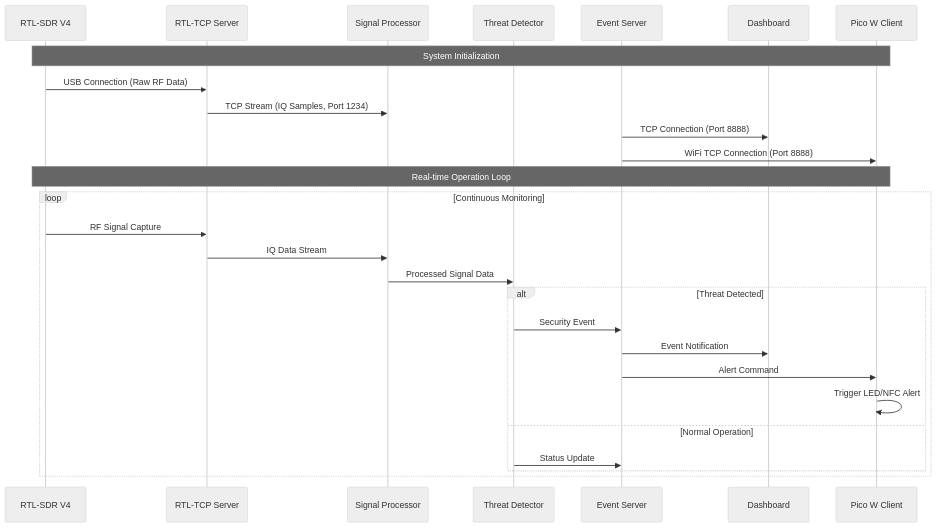
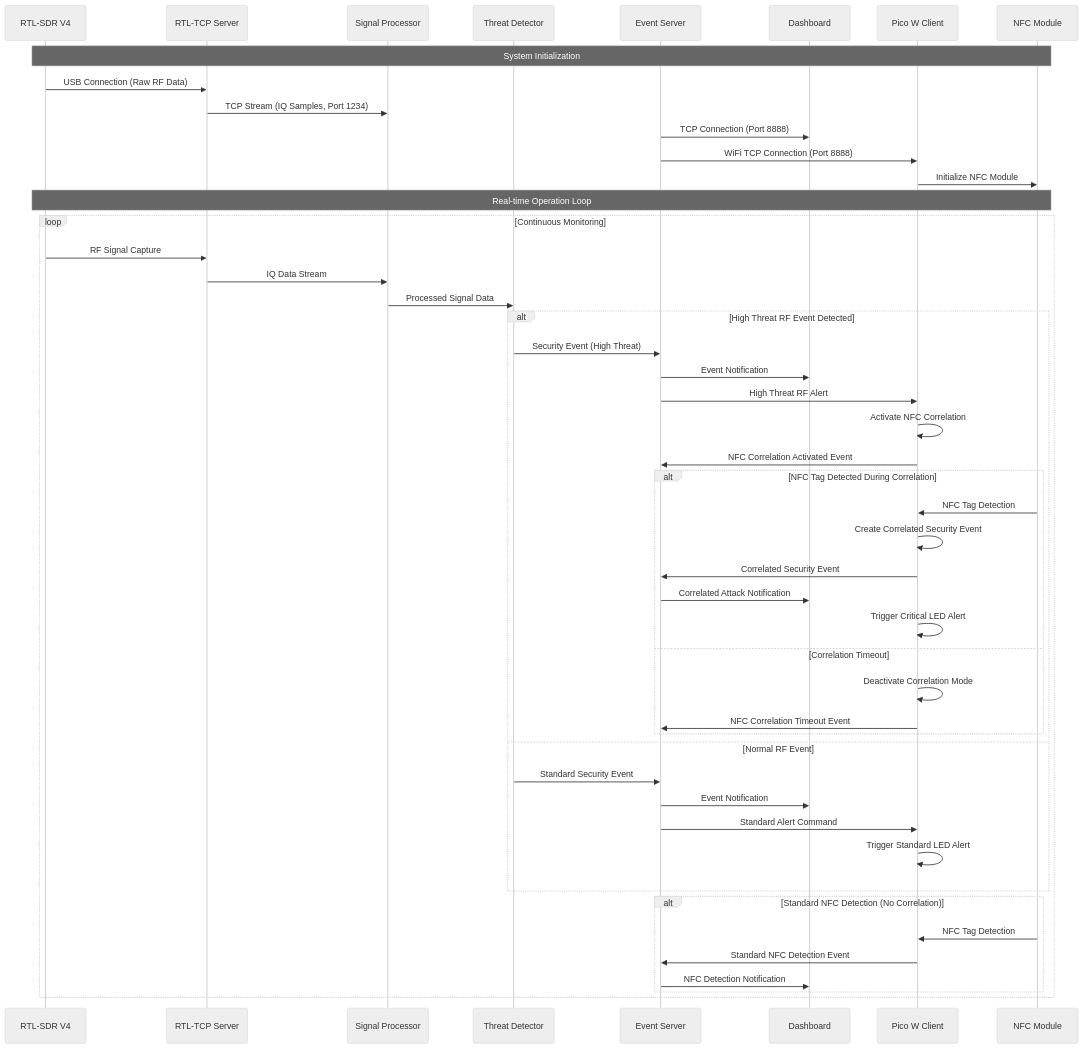
The third of 5 diagrams in backend/docs/diagrams/architecture.md (jondmarien/automotive-security-capstone), drawn with Mermaid (neutral theme) before and after one commit. The commit also changed other lines of this file and 11 other files, not shown here.

Commit message:
chore(docs): updated docs to include new changes regarding NFC detection, correlation, and brute force attacks via RF.

````diff
--- a/backend/docs/diagrams/architecture.md
+++ b/backend/docs/diagrams/architecture.md
@@ -106,32 +130,56 @@
 ```mermaid
 sequenceDiagram
     participant RTL as RTL-SDR V4
     participant TCP_SRV as RTL-TCP Server
     participant SIG as Signal Processor
     participant DET as Threat Detector
     participant EVT as Event Server
     participant DASH as Dashboard
     participant PICO as Pico W Client
+    participant NFC as NFC Module
     
-    Note over RTL,PICO: System Initialization
+    Note over RTL,NFC: System Initialization
     RTL->>TCP_SRV: USB Connection (Raw RF Data)
     TCP_SRV->>SIG: TCP Stream (IQ Samples, Port 1234)
     EVT->>DASH: TCP Connection (Port 8888)
     EVT->>PICO: WiFi TCP Connection (Port 8888)
+    PICO->>NFC: Initialize NFC Module
     
-    Note over RTL,PICO: Real-time Operation Loop
+    Note over RTL,NFC: Real-time Operation Loop
     loop Continuous Monitoring
         RTL->>TCP_SRV: RF Signal Capture
         TCP_SRV->>SIG: IQ Data Stream
         SIG->>DET: Processed Signal Data
         
-        alt Threat Detected
-            DET->>EVT: Security Event
+        alt High Threat RF Event Detected
+            DET->>EVT: Security Event (High Threat)
             EVT->>DASH: Event Notification
-            EVT->>PICO: Alert Command
-            PICO->>PICO: Trigger LED/NFC Alert
-        else Normal Operation
-            DET->>EVT: Status Update
+            EVT->>PICO: High Threat RF Alert
+            PICO->>PICO: Activate NFC Correlation
+            PICO->>EVT: NFC Correlation Activated Event
+            
+            alt NFC Tag Detected During Correlation
+                NFC->>PICO: NFC Tag Detection
+                PICO->>PICO: Create Correlated Security Event
+                PICO->>EVT: Correlated Security Event
+                EVT->>DASH: Correlated Attack Notification
+                PICO->>PICO: Trigger Critical LED Alert
+            else Correlation Timeout
+                PICO->>PICO: Deactivate Correlation Mode
+                PICO->>EVT: NFC Correlation Timeout Event
+            end
+            
+        else Normal RF Event
+            DET->>EVT: Standard Security Event
+            EVT->>DASH: Event Notification
+            EVT->>PICO: Standard Alert Command
+            PICO->>PICO: Trigger Standard LED Alert
+        end
+        
+        alt Standard NFC Detection (No Correlation)
+            NFC->>PICO: NFC Tag Detection
+            PICO->>EVT: Standard NFC Detection Event
+            EVT->>DASH: NFC Detection Notification
         end
     end
 ```
````
